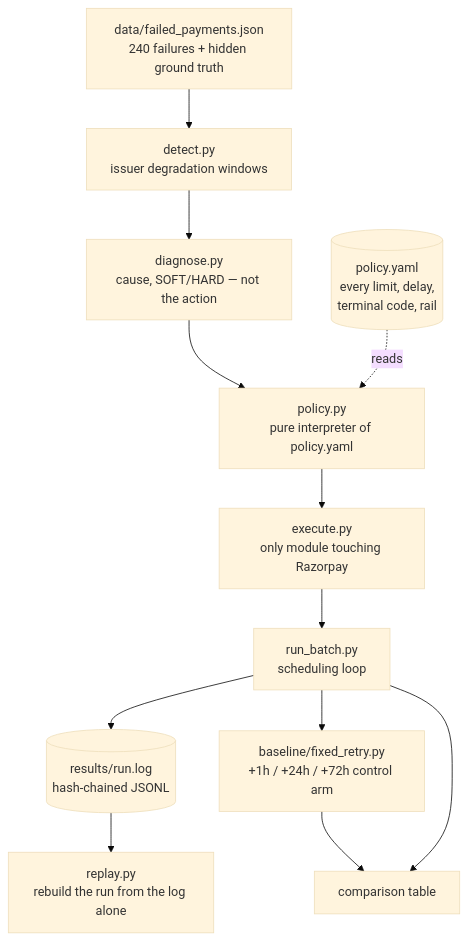
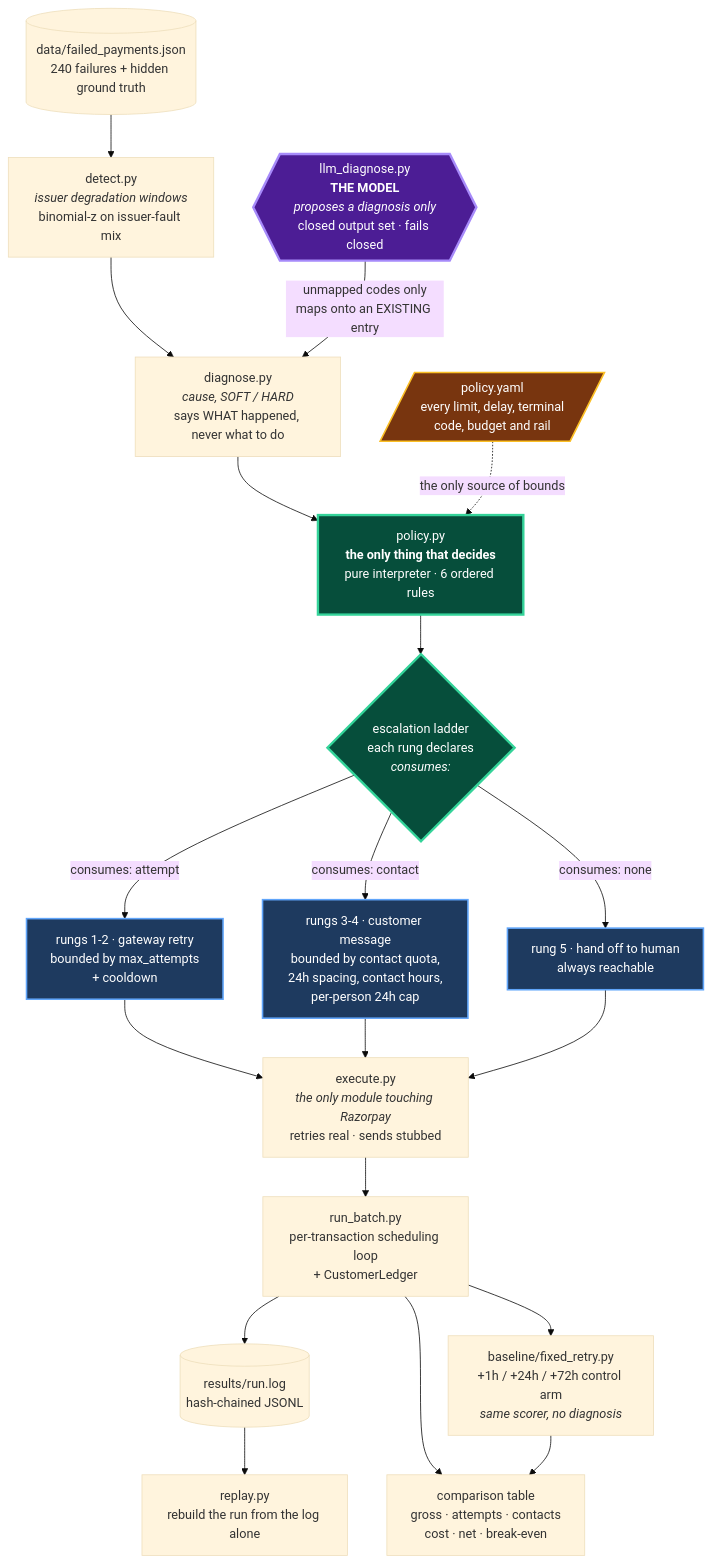
The diagram in README.md (thulasiramk-2310/revenue-recovery-agent), drawn with Mermaid (base theme) before and after one commit. The commit also changed other lines of this file and 3 other files, not shown here.

````diff
--- a/README.md
+++ b/README.md
@@ -126,15 +140,55 @@
 ```mermaid
 flowchart TD
-    D[data/failed_payments.json<br/>240 failures + hidden ground truth] --> DET
-    DET[detect.py<br/>issuer degradation windows] --> DIA
-    DIA[diagnose.py<br/>cause, SOFT/HARD — not the action] --> POL
-    POL[policy.py<br/>pure interpreter of policy.yaml] --> EXE
-    YAML[(policy.yaml<br/>every limit, delay,<br/>terminal code, rail)] -.reads.-> POL
-    EXE[execute.py<br/>only module touching Razorpay] --> RUN
-    RUN[run_batch.py<br/>scheduling loop] --> LOG
-    RUN --> BASE[baseline/fixed_retry.py<br/>+1h / +24h / +72h control arm]
-    LOG[(results/run.log<br/>hash-chained JSONL)] --> REP
-    REP[replay.py<br/>rebuild the run from the log alone]
-    BASE --> CMP[comparison table]
+    D[("data/failed_payments.json<br/>240 failures + hidden ground truth")]
+    D --> DET
+
+    DET["detect.py<br/><i>issuer degradation windows</i><br/>binomial-z on issuer-fault mix"]
+    DET --> DIA
+
+    LLM{{"llm_diagnose.py<br/><b>THE MODEL</b><br/><i>proposes a diagnosis only</i><br/>closed output set · fails closed"}}
+    LLM -->|"unmapped codes only<br/>maps onto an EXISTING entry"| DIA
+
+    DIA["diagnose.py<br/><i>cause, SOFT / HARD</i><br/>says WHAT happened, never what to do"]
+    DIA --> POL
+
+    YAML[/"policy.yaml<br/>every limit, delay, terminal<br/>code, budget and rail"/]
+    YAML -.->|"the only source of bounds"| POL
+
+    POL["policy.py<br/><b>the only thing that decides</b><br/>pure interpreter · 6 ordered rules"]
+    POL --> LADDER
+
+    LADDER{"escalation ladder<br/>each rung declares<br/><i>consumes:</i>"}
+    LADDER -->|"consumes: attempt"| ATT["rungs 1-2 · gateway retry<br/>bounded by max_attempts<br/>+ cooldown"]
+    LADDER -->|"consumes: contact"| CON["rungs 3-4 · customer message<br/>bounded by contact quota,<br/>24h spacing, contact hours,<br/>per-person 24h cap"]
+    LADDER -->|"consumes: none"| HND["rung 5 · hand off to human<br/>always reachable"]
+
+    ATT --> EXE
+    CON --> EXE
+    HND --> EXE
+
+    EXE["execute.py<br/><i>the only module touching Razorpay</i><br/>retries real · sends stubbed"]
+    EXE --> RUN
+
+    RUN["run_batch.py<br/>per-transaction scheduling loop<br/>+ CustomerLedger"]
+    RUN --> LOG
     RUN --> CMP
+    RUN --> BASE
+
+    BASE["baseline/fixed_retry.py<br/>+1h / +24h / +72h control arm<br/><i>same scorer, no diagnosis</i>"]
+    BASE --> CMP
+
+    LOG[("results/run.log<br/>hash-chained JSONL")]
+    LOG --> REP
+    REP["replay.py<br/>rebuild the run from the log alone"]
+    CMP["comparison table<br/>gross · attempts · contacts<br/>cost · net · break-even"]
+
+    classDef model fill:#4c1d95,stroke:#a78bfa,stroke-width:3px,color:#ffffff
+    classDef decider fill:#064e3b,stroke:#34d399,stroke-width:3px,color:#ffffff
+    classDef budget fill:#1e3a5f,stroke:#60a5fa,stroke-width:2px,color:#ffffff
+    classDef doc fill:#78350f,stroke:#fbbf24,stroke-width:2px,color:#ffffff
+
+    class LLM model
+    class POL,LADDER decider
+    class ATT,CON,HND budget
+    class YAML doc
 ```
````
